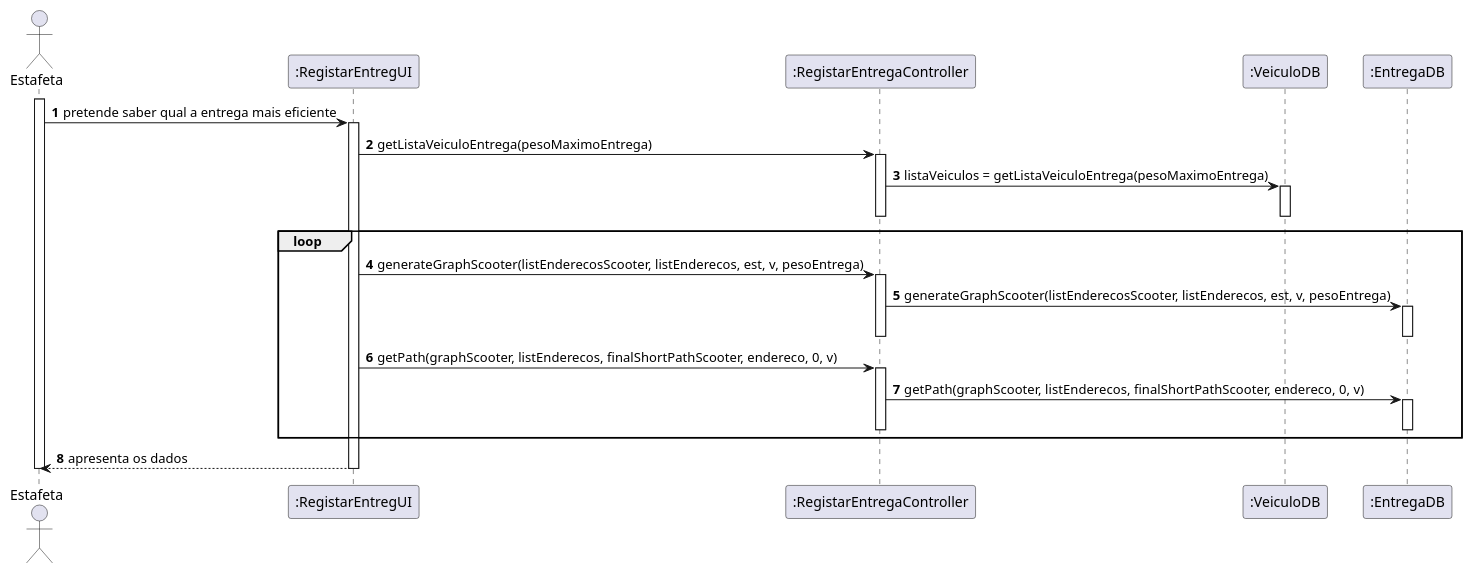
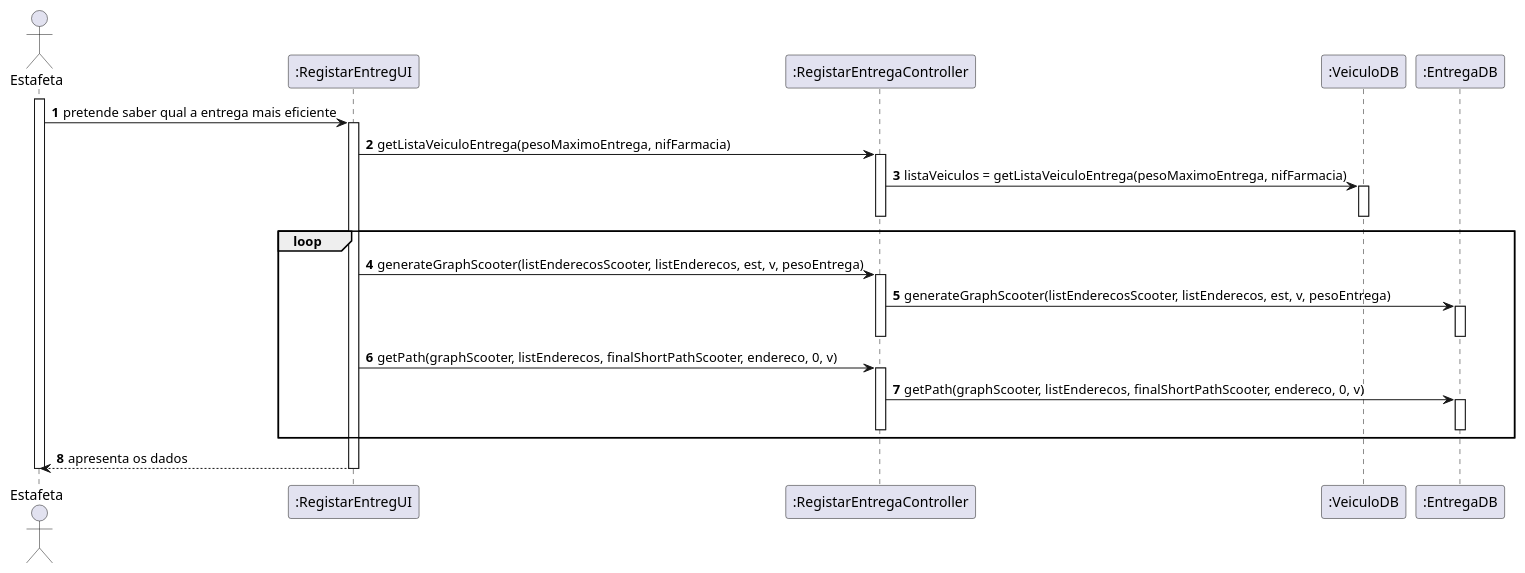
Before and after one commit to pedrolemos4/LAPR3: the diagram in docs/UC25/EntregaEficienteSD.puml, drawn with PlantUML. The commit also changed 27 other files, not shown here.

```diff
--- a/docs/UC25/EntregaEficienteSD.puml
+++ b/docs/UC25/EntregaEficienteSD.puml
@@ -1,41 +1,41 @@
 @startuml
 autonumber
 
 actor "Estafeta" as ADMIN
 
 participant ":RegistarEntregUI" as UI
 participant ":RegistarEntregaController" as CTRL
 participant ":VeiculoDB" as DRDB
 participant ":EntregaDB" as ENDB
 
 
 
 activate ADMIN
 ADMIN -> UI : pretende saber qual a entrega mais eficiente
 activate UI
-UI -> CTRL : getListaVeiculoEntrega(pesoMaximoEntrega)
+UI -> CTRL : getListaVeiculoEntrega(pesoMaximoEntrega, nifFarmacia)
 activate CTRL
-CTRL -> DRDB : listaVeiculos = getListaVeiculoEntrega(pesoMaximoEntrega)
+CTRL -> DRDB : listaVeiculos = getListaVeiculoEntrega(pesoMaximoEntrega, nifFarmacia)
 activate DRDB
 deactivate DRDB
 deactivate CTRL
 loop
 UI -> CTRL : generateGraphScooter(listEnderecosScooter, listEnderecos, est, v, pesoEntrega)
 activate CTRL
 CTRL -> ENDB : generateGraphScooter(listEnderecosScooter, listEnderecos, est, v, pesoEntrega)
 activate ENDB
 deactivate ENDB
 deactivate CTRL
 UI -> CTRL : getPath(graphScooter, listEnderecos, finalShortPathScooter, endereco, 0, v)
 activate CTRL
 CTRL -> ENDB : getPath(graphScooter, listEnderecos, finalShortPathScooter, endereco, 0, v)
 activate ENDB
 deactivate ENDB
 deactivate CTRL
 end loop
 UI --> ADMIN : apresenta os dados
 deactivate UI
 
 deactivate ADMIN
 
 @enduml
```
